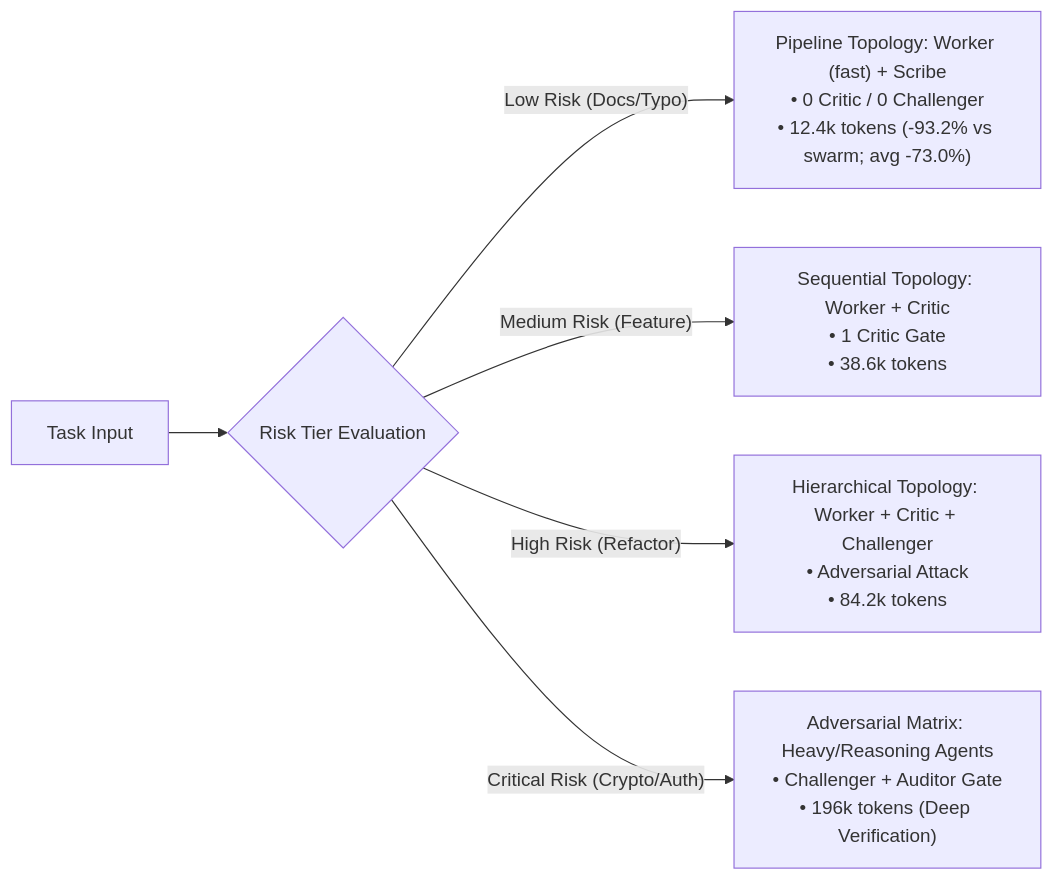
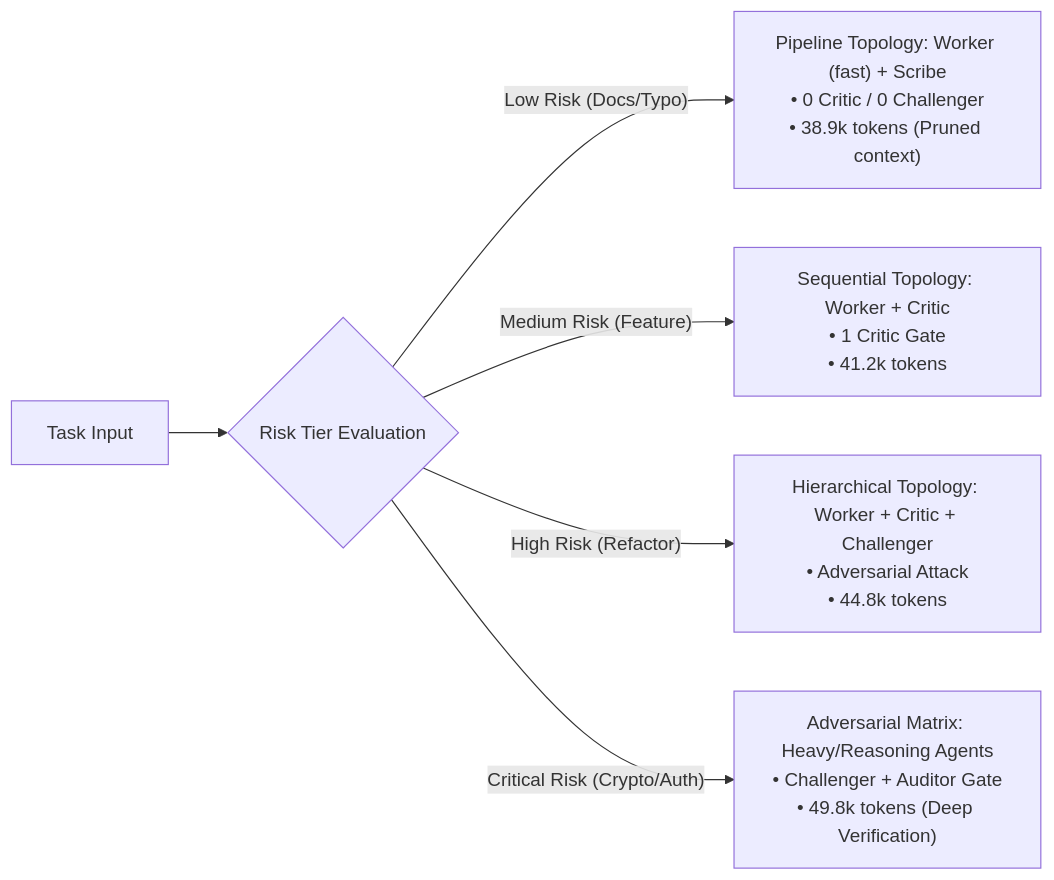
Before and after one commit to CalebChen941028/agent-teamwork: the second of 3 diagrams in docs/BENCHMARK_REPORT.md, drawn with Mermaid. The commit also changed other lines of this file and 11 other files, not shown here.

````diff
--- a/docs/BENCHMARK_REPORT.md
+++ b/docs/BENCHMARK_REPORT.md
@@ -201,8 +211,8 @@
 ```mermaid
 graph LR
     Task[Task Input] --> Risk{Risk Tier Evaluation}
-    Risk -- "Low Risk (Docs/Typo)" --> TopoLow["Pipeline Topology: Worker (fast) + Scribe<br/>• 0 Critic / 0 Challenger<br/>• 12.4k tokens (-93.2% vs swarm; avg -73.0%)"]
-    Risk -- "Medium Risk (Feature)" --> TopoMed["Sequential Topology: Worker + Critic<br/>• 1 Critic Gate<br/>• 38.6k tokens"]
-    Risk -- "High Risk (Refactor)" --> TopoHigh["Hierarchical Topology: Worker + Critic + Challenger<br/>• Adversarial Attack<br/>• 84.2k tokens"]
-    Risk -- "Critical Risk (Crypto/Auth)" --> TopoCrit["Adversarial Matrix: Heavy/Reasoning Agents<br/>• Challenger + Auditor Gate<br/>• 196k tokens (Deep Verification)"]
+    Risk -- "Low Risk (Docs/Typo)" --> TopoLow["Pipeline Topology: Worker (fast) + Scribe<br/>• 0 Critic / 0 Challenger<br/>• 38.9k tokens (Pruned context)"]
+    Risk -- "Medium Risk (Feature)" --> TopoMed["Sequential Topology: Worker + Critic<br/>• 1 Critic Gate<br/>• 41.2k tokens"]
+    Risk -- "High Risk (Refactor)" --> TopoHigh["Hierarchical Topology: Worker + Critic + Challenger<br/>• Adversarial Attack<br/>• 44.8k tokens"]
+    Risk -- "Critical Risk (Crypto/Auth)" --> TopoCrit["Adversarial Matrix: Heavy/Reasoning Agents<br/>• Challenger + Auditor Gate<br/>• 49.8k tokens (Deep Verification)"]
 ```
````
